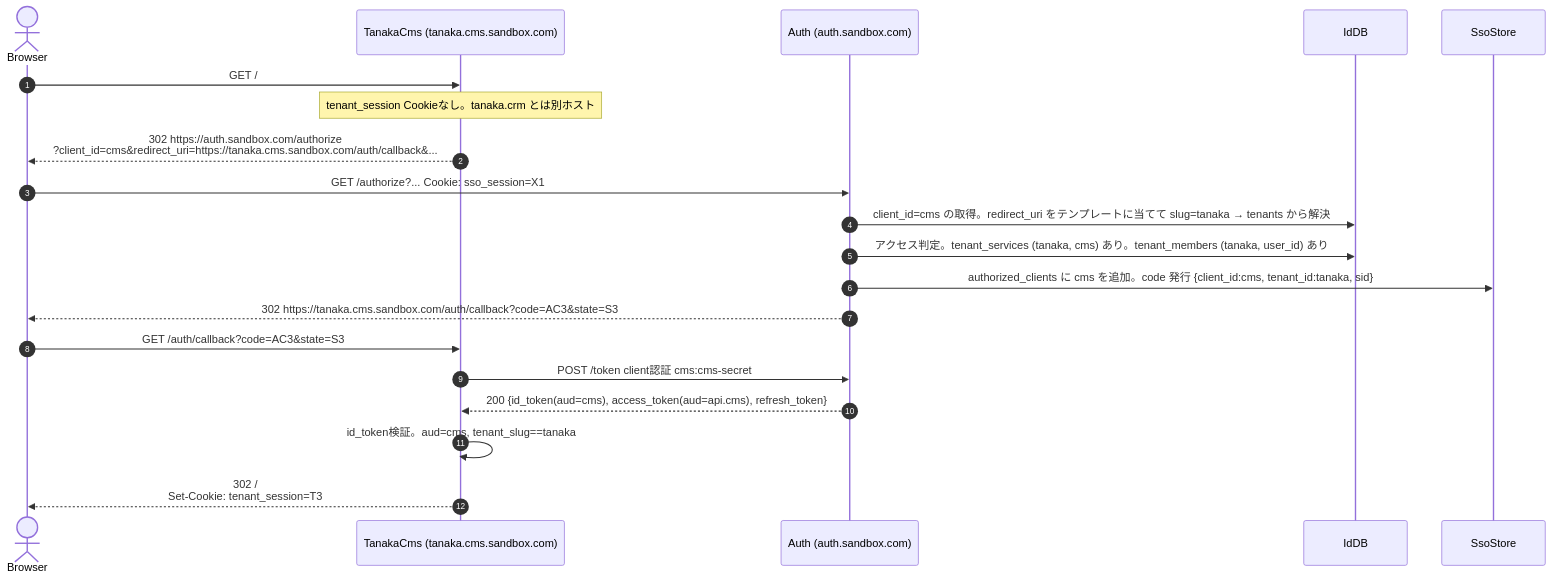
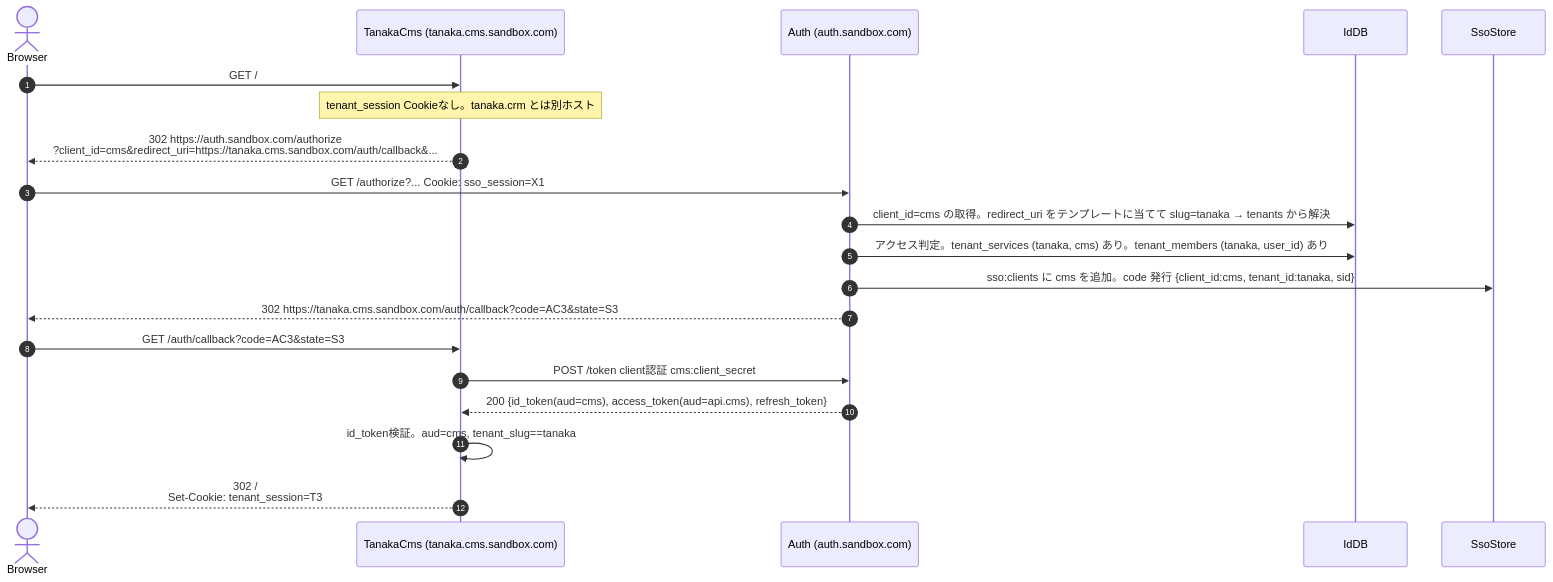
Before and after one commit to daisuke-tanabe/multi-domain-sandbox: the third of 15 diagrams in docs/design/02-auth-sequences.md, drawn with Mermaid. The commit also changed other lines of this file and 51 other files, not shown here.

````diff
--- a/docs/design/02-auth-sequences.md
+++ b/docs/design/02-auth-sequences.md
@@ -155,23 +157,23 @@
 ```mermaid
 sequenceDiagram
     autonumber
     actor Browser
     participant TanakaCms as TanakaCms (tanaka.cms.sandbox.com)
     participant Auth as Auth (auth.sandbox.com)
     participant IdDB
     participant SsoStore
 
     Browser->>TanakaCms: GET /
     Note over TanakaCms: tenant_session Cookieなし。tanaka.crm とは別ホスト
     TanakaCms-->>Browser: 302 https://auth.sandbox.com/authorize<br/>?client_id=cms&redirect_uri=https://tanaka.cms.sandbox.com/auth/callback&...
     Browser->>Auth: GET /authorize?... Cookie: sso_session=X1
     Auth->>IdDB: client_id=cms の取得。redirect_uri をテンプレートに当てて slug=tanaka → tenants から解決
     Auth->>IdDB: アクセス判定。tenant_services (tanaka, cms) あり。tenant_members (tanaka, user_id) あり
-    Auth->>SsoStore: authorized_clients に cms を追加。code 発行 {client_id:cms, tenant_id:tanaka, sid}
+    Auth->>SsoStore: sso:clients に cms を追加。code 発行 {client_id:cms, tenant_id:tanaka, sid}
     Auth-->>Browser: 302 https://tanaka.cms.sandbox.com/auth/callback?code=AC3&state=S3
     Browser->>TanakaCms: GET /auth/callback?code=AC3&state=S3
-    TanakaCms->>Auth: POST /token client認証 cms:cms-secret
+    TanakaCms->>Auth: POST /token client認証 cms:client_secret
     Auth-->>TanakaCms: 200 {id_token(aud=cms), access_token(aud=api.cms), refresh_token}
     TanakaCms->>TanakaCms: id_token検証。aud=cms, tenant_slug==tanaka
     TanakaCms-->>Browser: 302 /<br/>Set-Cookie: tenant_session=T3
 ```
````
